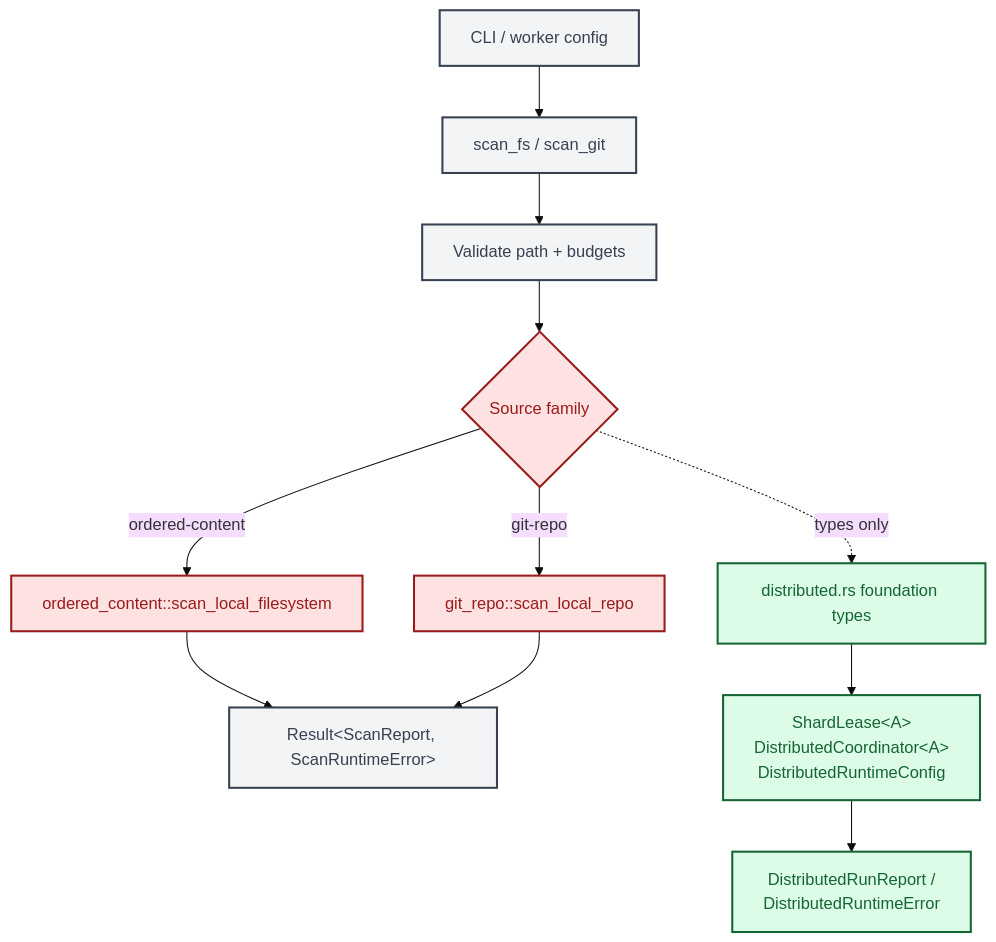
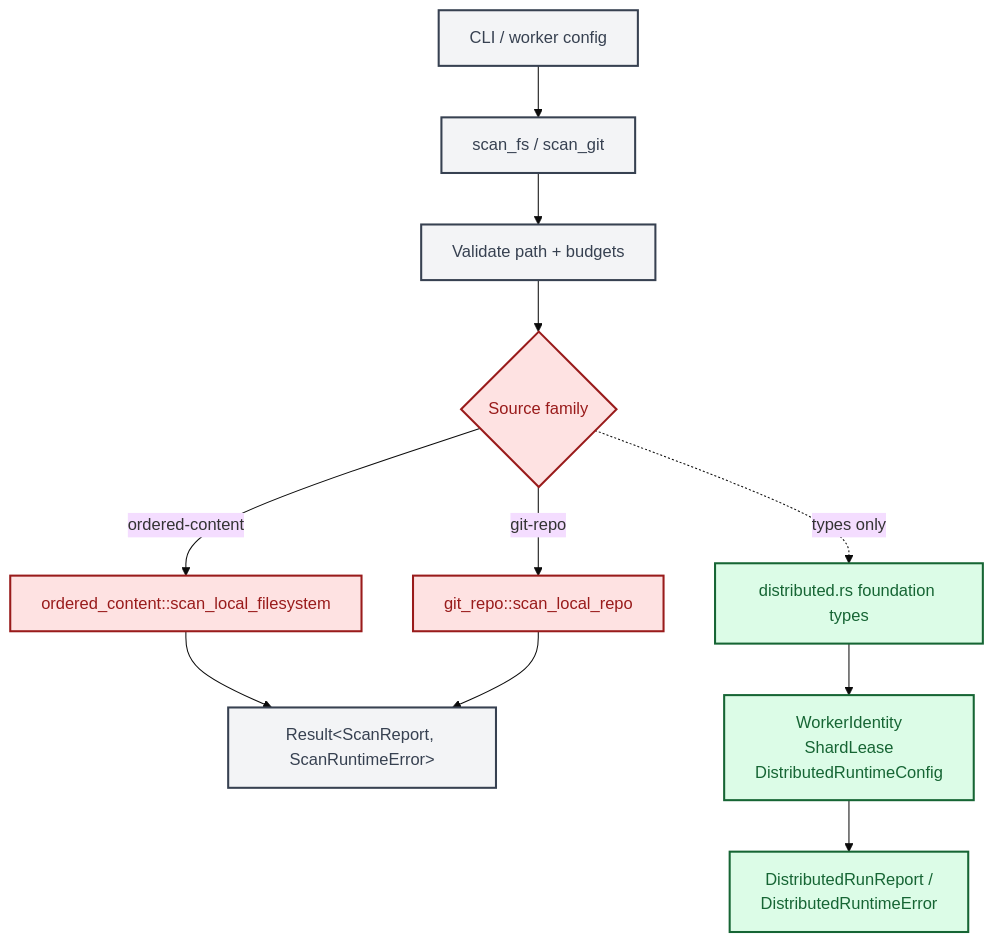
One commit to ahrav/Gossip-rs changed the fourth of 4 diagrams in diagrams/04-end-to-end-scan-flow.md. Above: the diagram before and after it, drawn with Mermaid (base theme). The commit also changed other lines of this file and 12 other files, not shown here.

````diff
--- a/diagrams/04-end-to-end-scan-flow.md
+++ b/diagrams/04-end-to-end-scan-flow.md
@@ -199,37 +201,37 @@
 ```mermaid
 %% Diagram: simplified-runtime-flowchart
 graph TD
     A["CLI / worker config"]
     B["scan_fs / scan_git"]
     C["Validate path + budgets"]
     D{"Source family"}
     E["ordered_content::scan_local_filesystem"]
     F["git_repo::scan_local_repo"]
     G["Result&lt;ScanReport, ScanRuntimeError&gt;"]
     H["distributed.rs foundation types"]
-    I["ShardLease&lt;A&gt;<br/>DistributedCoordinator&lt;A&gt;<br/>DistributedRuntimeConfig"]
+    I["WorkerIdentity<br/>ShardLease<br/>DistributedRuntimeConfig"]
     J["DistributedRunReport /<br/>DistributedRuntimeError"]
 
     A --> B
     B --> C
     C --> D
     D -- "ordered-content" --> E
     D -- "git-repo" --> F
     E --> G
     F --> G
     D -. "types only" .-> H
 
     H --> I
     I --> J
 
     style A fill:#F3F4F6,stroke:#374151,stroke-width:2px,color:#374151
     style B fill:#F3F4F6,stroke:#374151,stroke-width:2px,color:#374151
     style C fill:#F3F4F6,stroke:#374151,stroke-width:2px,color:#374151
     style D fill:#FEE2E2,stroke:#991B1B,stroke-width:2px,color:#991B1B
     style E fill:#FEE2E2,stroke:#991B1B,stroke-width:2px,color:#991B1B
     style F fill:#FEE2E2,stroke:#991B1B,stroke-width:2px,color:#991B1B
     style G fill:#F3F4F6,stroke:#374151,stroke-width:2px,color:#374151
     style H fill:#DCFCE7,stroke:#166534,stroke-width:2px,color:#166534
     style I fill:#DCFCE7,stroke:#166534,stroke-width:2px,color:#166534
     style J fill:#DCFCE7,stroke:#166534,stroke-width:2px,color:#166534
 ```
````
